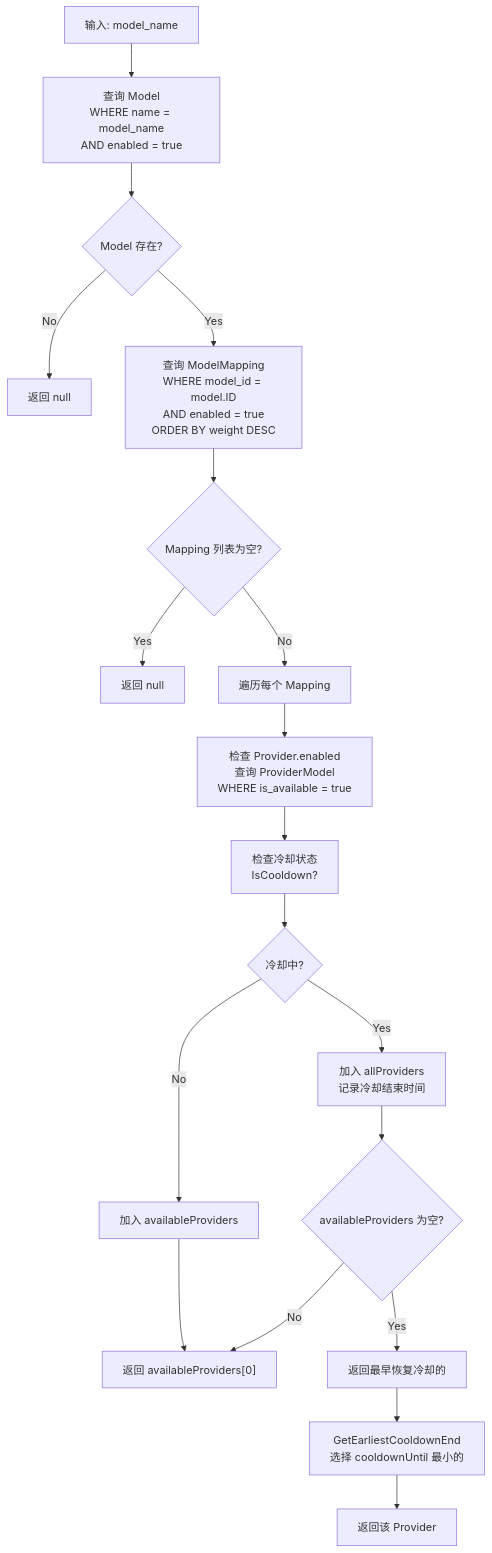
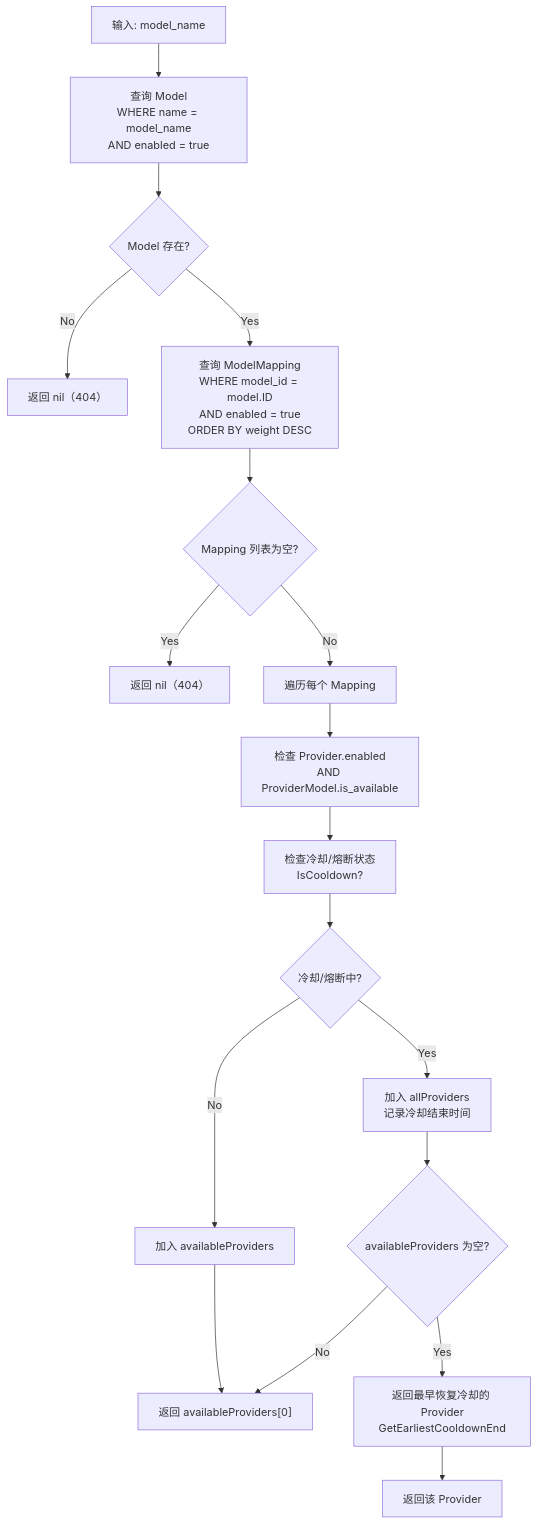
One commit to aaro-n/AI-Gateway changed the second of 4 diagrams in README.md. Above: the diagram before and after it, drawn with Mermaid. The commit also changed other lines of this file, not shown here.

First line of the commit message:
docs: fix '工作原理' diagrams to match actual code

````diff
--- a/README.md
+++ b/README.md
@@ -132,33 +127,31 @@
 ```mermaid
 flowchart TD
     A["输入: model_name"] --> B["查询 Model<br/>WHERE name = model_name<br/>AND enabled = true"]
 
     B --> C{"Model 存在?"}
 
-    C -->|"No"| D["返回 null"]
+    C -->|"No"| D["返回 nil（404）"]
     C -->|"Yes"| E["查询 ModelMapping<br/>WHERE model_id = model.ID<br/>AND enabled = true<br/>ORDER BY weight DESC"]
 
     E --> F{"Mapping 列表为空?"}
 
-    F -->|"Yes"| G["返回 null"]
+    F -->|"Yes"| G["返回 nil（404）"]
     F -->|"No"| H["遍历每个 Mapping"]
 
-    H --> I["检查 Provider.enabled<br/>查询 ProviderModel<br/>WHERE is_available = true"]
+    H --> I["检查 Provider.enabled<br/>AND ProviderModel.is_available"]
 
-    I --> J["检查冷却状态<br/>IsCooldown?"]
+    I --> J["检查冷却/熔断状态<br/>IsCooldown?"]
 
-    J --> K{"冷却中?"}
+    J --> K{"冷却/熔断中?"}
 
     K -->|"Yes"| L["加入 allProviders<br/>记录冷却结束时间"]
     K -->|"No"| M["加入 availableProviders"]
 
     L --> N{"availableProviders 为空?"}
     M --> O["返回 availableProviders[0]"]
 
-    N -->|"Yes"| P["返回最早恢复冷却的"]
+    N -->|"Yes"| P["返回最早恢复冷却的 Provider<br/>GetEarliestCooldownEnd"]
     N -->|"No"| O
 
-    P --> Q["GetEarliestCooldownEnd<br/>选择 cooldownUntil 最小的"]
-
-    Q --> R["返回该 Provider"]
+    P --> R["返回该 Provider"]
 ```
````
